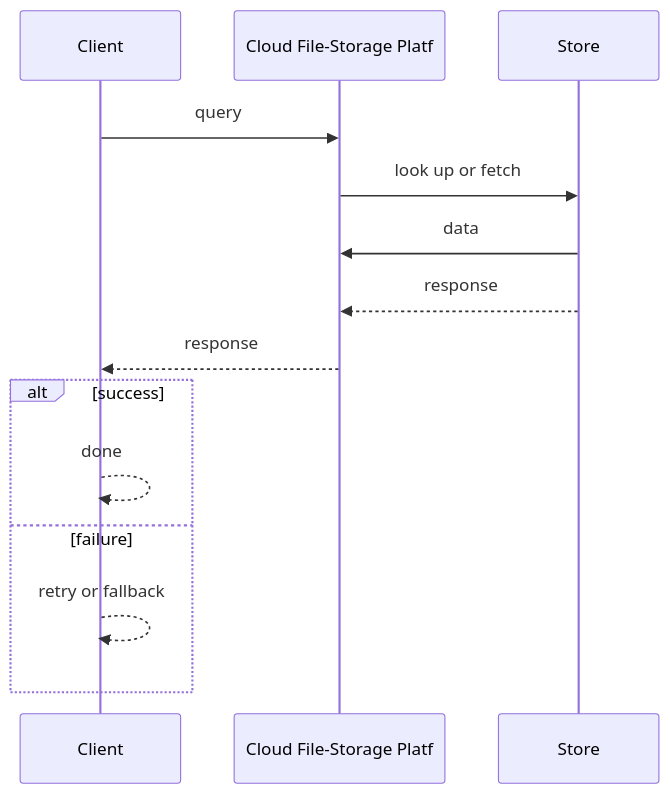
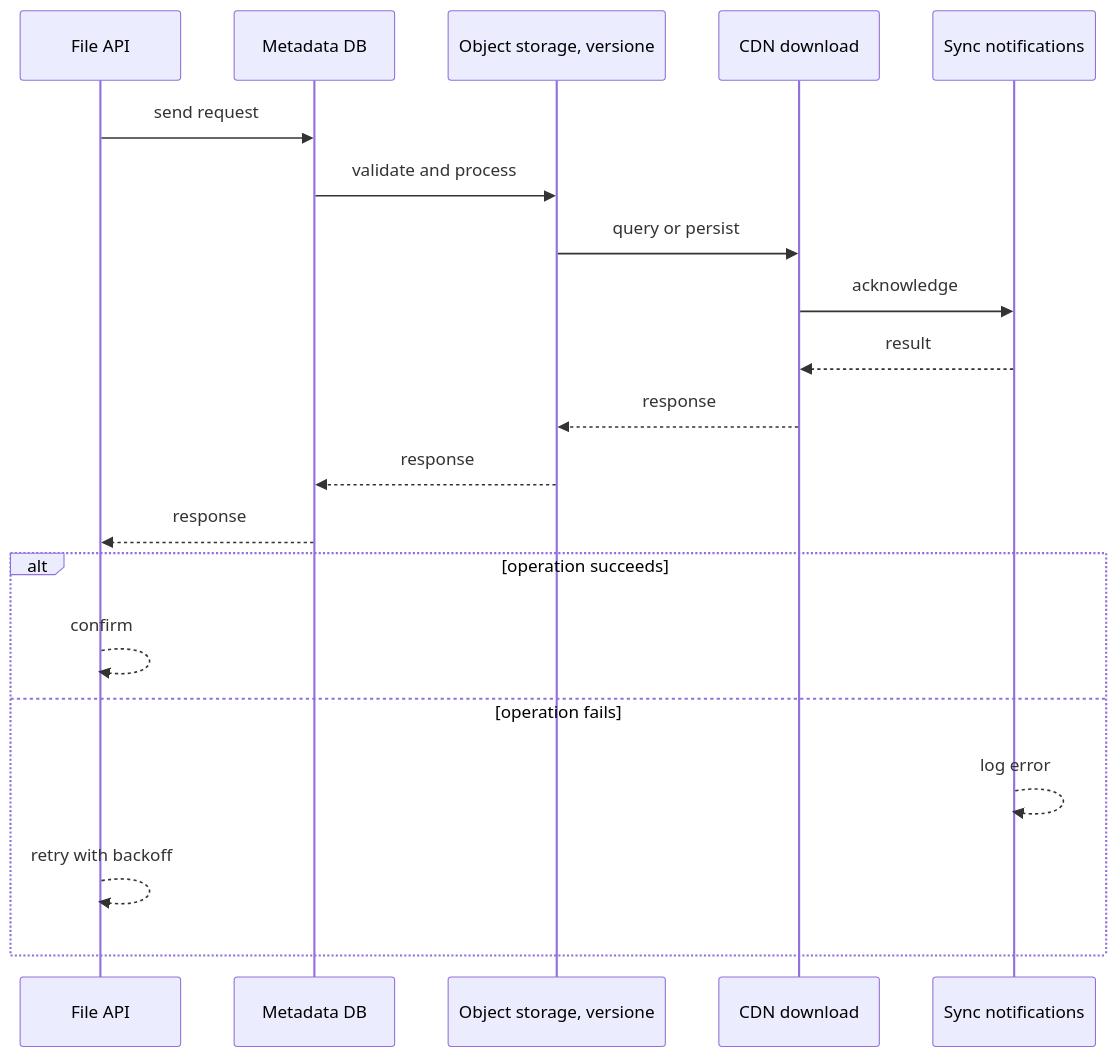
One commit to RIT-MESH/system-design-mastery changed the second of 4 diagrams in case-studies/advanced/cloud-file-storage.md. Above: the diagram before and after it, drawn with Mermaid. The commit also changed other lines of this file and 64 other files, not shown here.

````diff
--- a/case-studies/advanced/cloud-file-storage.md
+++ b/case-studies/advanced/cloud-file-storage.md
@@ -78,17 +67,23 @@
 ```mermaid
 %% created-for: system-design-mastery
 sequenceDiagram
-  participant P0 as Client
-  participant P1 as Cloud File-Storage Platf
-  participant P2 as Store
-  P0 ->> P1: query
-  P1 ->> P2: look up or fetch
-  P2 ->> P1: data
-  P2 -->> P1: response
-  P1 -->> P0: response
-  alt success
-    P0 -->> P0: done
-  else failure
-    P0 -->> P0: retry or fallback
+  participant C0 as File API
+  participant C1 as Metadata DB
+  participant C2 as Object storage, versione
+  participant C3 as CDN download
+  participant C4 as Sync notifications
+  C0 ->> C1: send request
+  C1 ->> C2: validate and process
+  C2 ->> C3: query or persist
+  C3 ->> C4: acknowledge
+  C4 -->> C3: result
+  C3 -->> C2: response
+  C2 -->> C1: response
+  C1 -->> C0: response
+  alt operation succeeds
+    C0 -->> C0: confirm
+  else operation fails
+    C4 -->> C4: log error
+    C0 -->> C0: retry with backoff
   end
 ```
````
